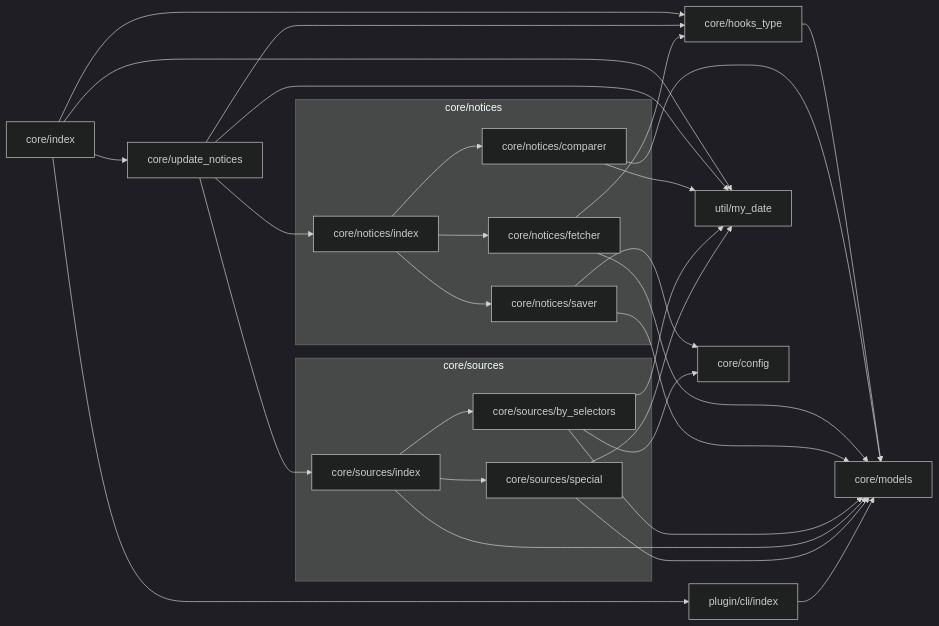
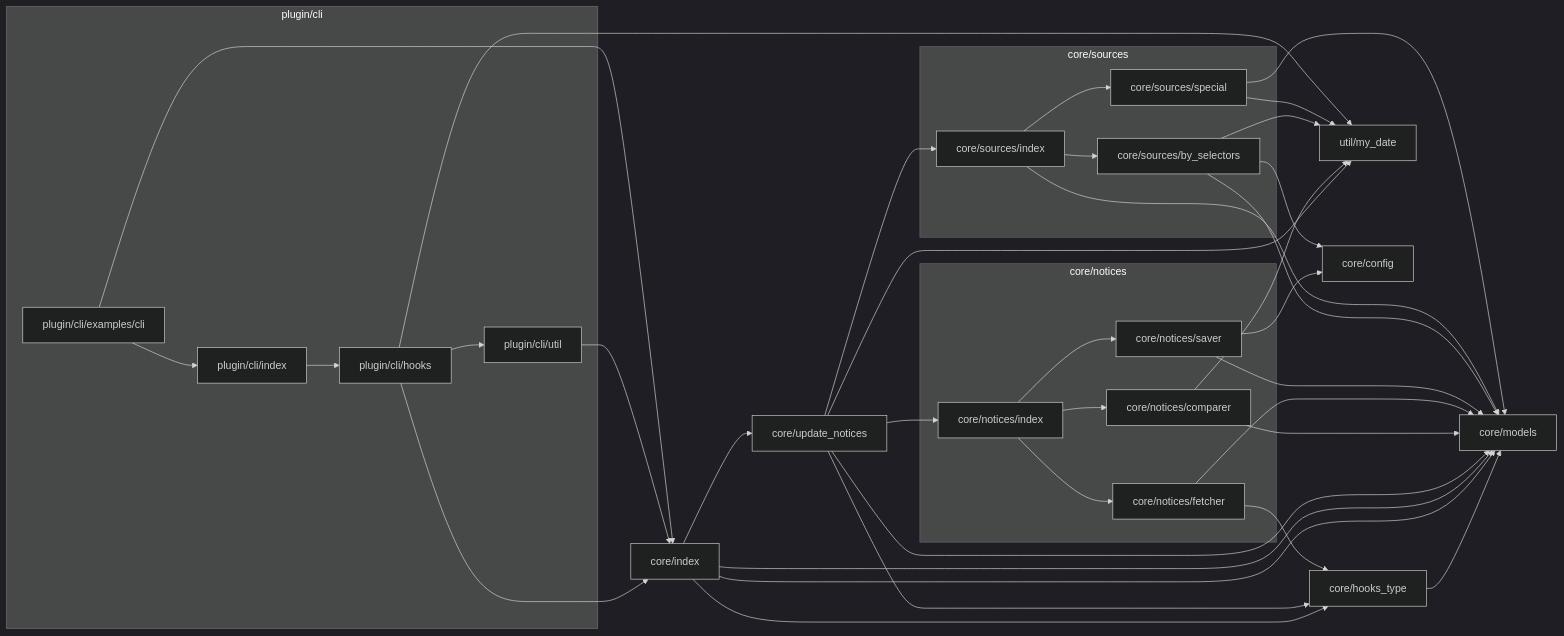
One commit to YDX-2147483647/bulletin-issues-transferred changed the first of 2 diagrams in documentation.md. Above: the diagram before and after it, drawn with Mermaid (dark theme). The commit also changed 10 other files, not shown here.

Commit message:
Move hooks to `plugin/cli`

````diff
--- a/documentation.md
+++ b/documentation.md
@@ -28,44 +28,58 @@
 ```mermaid
 flowchart LR
   core/hooks_type --> core/models
-  core/index --> plugin/cli/index
-  core/index --> util/my_date
   core/index --> core/hooks_type
   core/index --> core/update_notices
+  core/index --> core/models
+  core/index --> core/models
   core/update_notices --> util/my_date
   core/update_notices --> core/hooks_type
+  core/update_notices --> core/models
   core/update_notices --> core/notices/index
   core/update_notices --> core/sources/index
   core/notices/comparer --> util/my_date
   core/notices/comparer --> core/models
   core/notices/fetcher --> core/hooks_type
   core/notices/fetcher --> core/models
   core/notices/index --> core/notices/comparer
   core/notices/index --> core/notices/fetcher
   core/notices/index --> core/notices/saver
   core/notices/saver --> core/config
   core/notices/saver --> core/models
   core/sources/by_selectors --> util/my_date
   core/sources/by_selectors --> core/config
   core/sources/by_selectors --> core/models
   core/sources/index --> core/models
   core/sources/index --> core/sources/by_selectors
   core/sources/index --> core/sources/special
   core/sources/special --> util/my_date
   core/sources/special --> core/models
-  plugin/cli/index --> core/models
+  plugin/cli/hooks --> core/index
+  plugin/cli/hooks --> util/my_date
+  plugin/cli/hooks --> plugin/cli/util
+  plugin/cli/index --> plugin/cli/hooks
+  plugin/cli/util --> core/index
+  plugin/cli/examples/cli --> core/index
+  plugin/cli/examples/cli --> plugin/cli/index
 
   subgraph core/sources
     core/sources/by_selectors
     core/sources/index
     core/sources/special
   end
 
   subgraph core/notices
     core/notices/index
     core/notices/saver
     core/notices/fetcher
     core/notices/comparer
   end
 
+  subgraph plugin/cli
+    plugin/cli/index
+    plugin/cli/util
+    plugin/cli/hooks
+    plugin/cli/examples/cli
+  end
+
 ```
````
